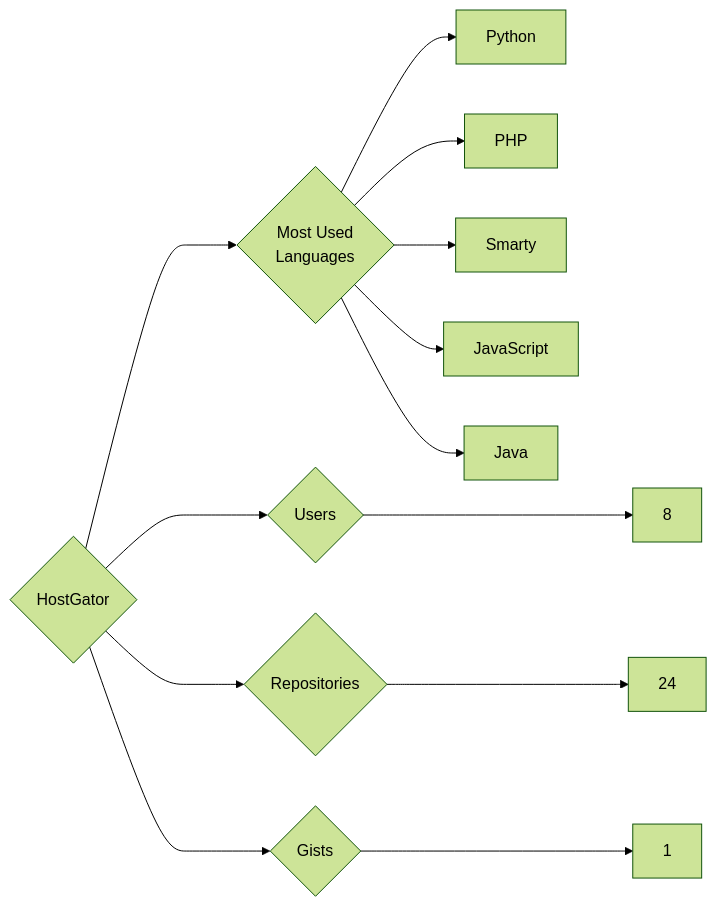
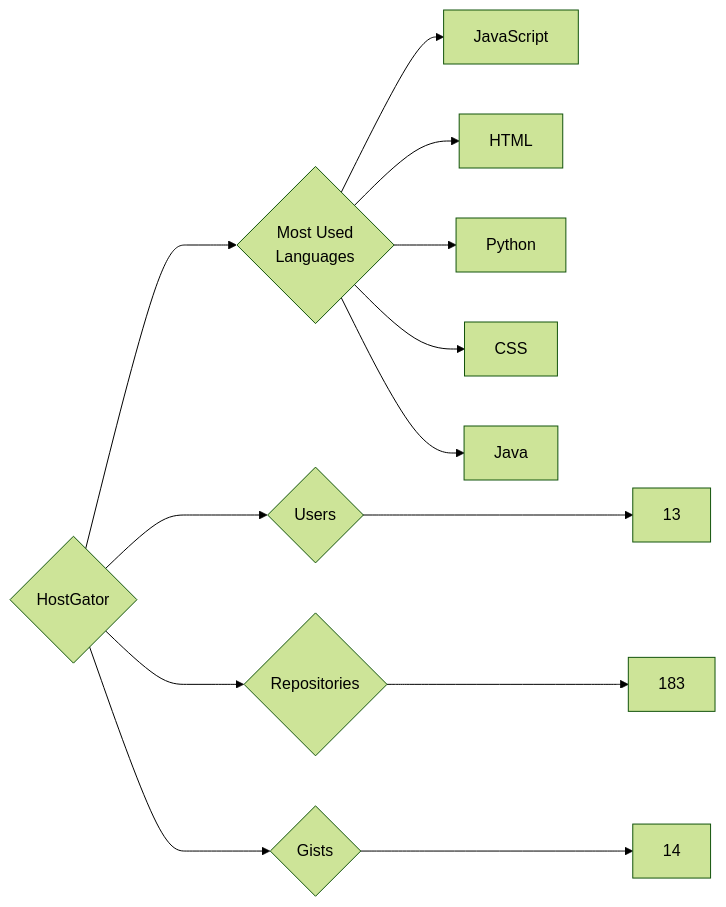
Before and after one commit to trickest/insiders: the diagram in targets/HostGator/README.md, drawn with Mermaid (forest theme). The commit also changed 1084 other files, not shown here.

````diff
--- a/targets/HostGator/README.md
+++ b/targets/HostGator/README.md
@@ -3,13 +3,13 @@
 ```mermaid
 graph LR
 COMPANY_NAME{HostGator}
-COMPANY_NAME ---> U{Users} ---> UN[8]
-COMPANY_NAME ---> R{Repositories} ---> RN[24]
-COMPANY_NAME ---> G{Gists} ---> GN[1]
+COMPANY_NAME ---> U{Users} ---> UN[13]
+COMPANY_NAME ---> R{Repositories} ---> RN[183]
+COMPANY_NAME ---> G{Gists} ---> GN[14]
 COMPANY_NAME ---> ML{Most Used<br>Languages}
+ML --> JavaScript[JavaScript]
+ML --> HTML[HTML]
 ML --> Python[Python]
-ML --> PHP[PHP]
-ML --> Smarty[Smarty]
-ML --> JavaScript[JavaScript]
+ML --> CSS[CSS]
 ML --> Java[Java]
 ```
````
